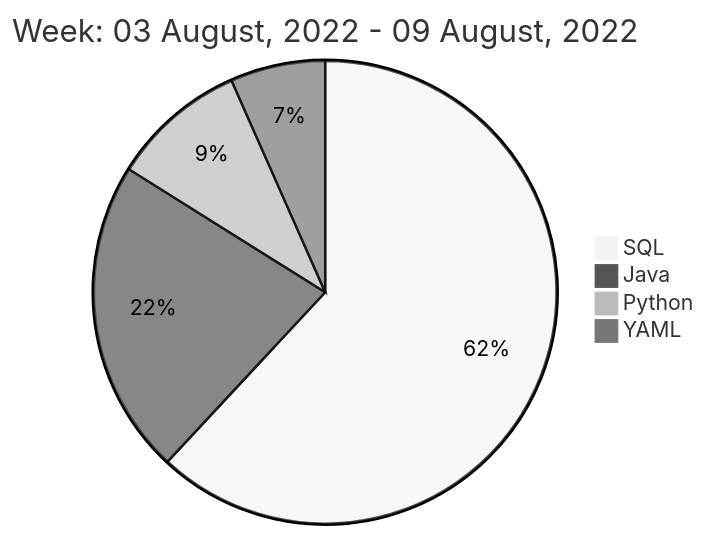
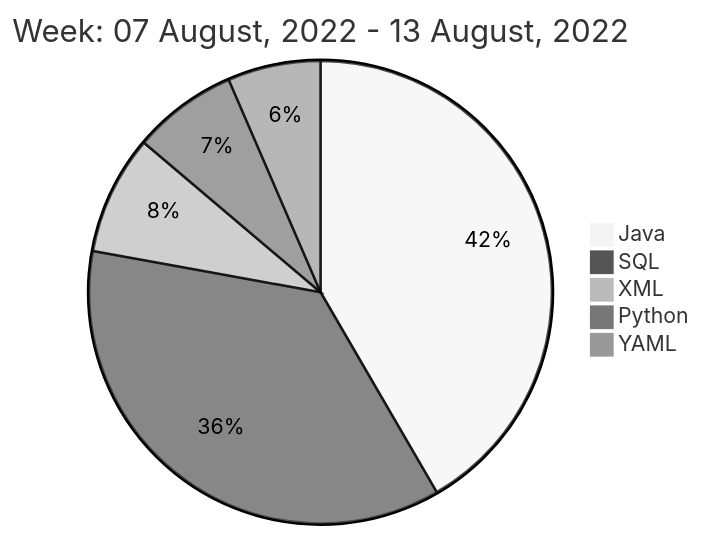
One commit to liubin95/liubin95 changed the diagram in README.md. Above: the diagram before and after it, drawn with Mermaid (neutral theme).

Commit message:
Updated the Graph with new Metrics

````diff
--- a/README.md
+++ b/README.md
@@ -40,8 +40,9 @@
 ```mermaid
  pie
-title Week: 03 August, 2022 - 09 August, 2022
- "SQL" : 10.93
- "Java" : 3.88
- "Python" : 1.67
+title Week: 07 August, 2022 - 13 August, 2022
+ "Java" : 7.5
+ "SQL" : 6.53
+ "XML" : 1.5
+ "Python" : 1.32
  "YAML" : 1.17
 ```
````
